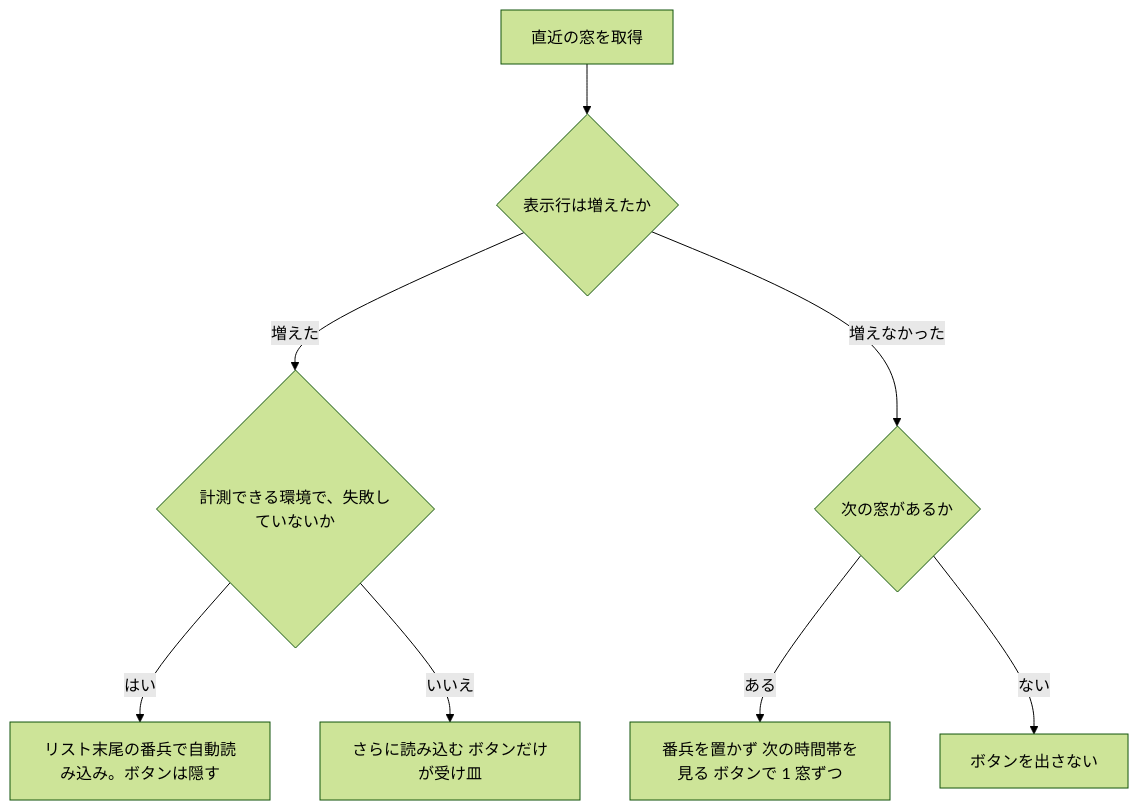
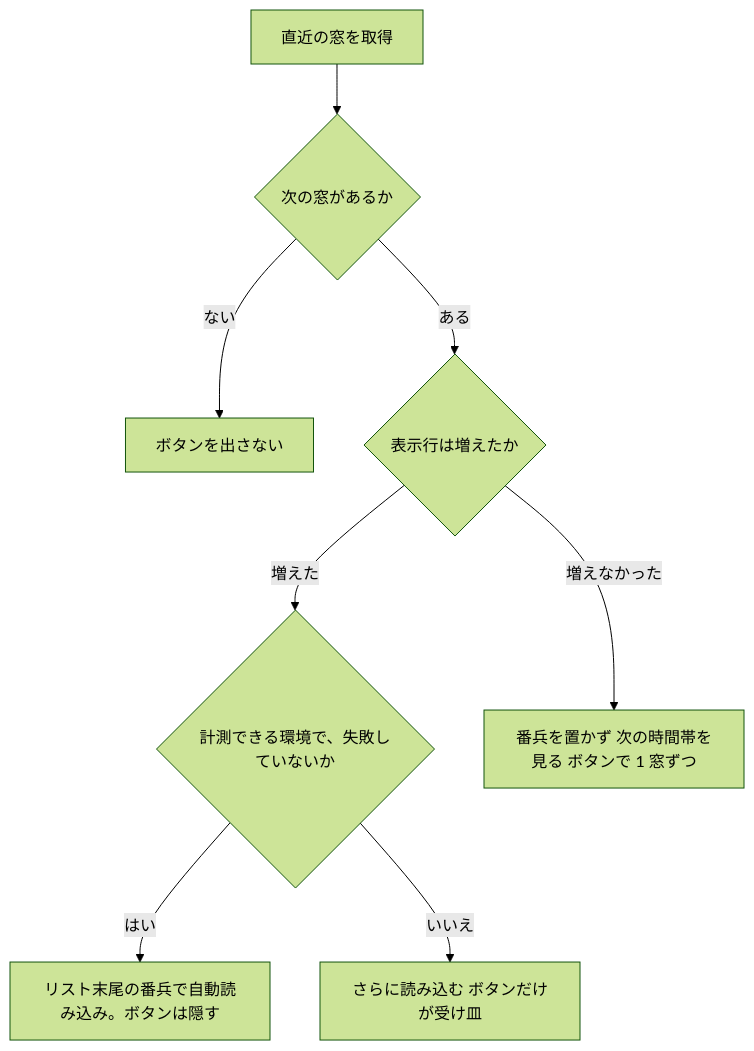
Before and after one commit to fetburner/rokuban: the diagram in docs/frontend/scroll.md, drawn with Mermaid (forest theme). The commit also changed other lines of this file and 8 other files, not shown here.

````diff
--- a/docs/frontend/scroll.md
+++ b/docs/frontend/scroll.md
@@ -23,10 +23,10 @@
 ```mermaid
 flowchart TD
-  A[直近の窓を取得] --> B{表示行は増えたか}
+  A[直近の窓を取得] --> F{次の窓があるか}
+  F -- ない --> H[ボタンを出さない]
+  F -- ある --> B{表示行は増えたか}
   B -- 増えた --> C{計測できる環境で、失敗していないか}
   C -- はい --> D[リスト末尾の番兵で自動読み込み。ボタンは隠す]
   C -- いいえ --> E[さらに読み込む ボタンだけが受け皿]
-  B -- 増えなかった --> F{次の窓があるか}
-  F -- ある --> G[番兵を置かず 次の時間帯を見る ボタンで 1 窓ずつ]
-  F -- ない --> H[ボタンを出さない]
+  B -- 増えなかった --> G[番兵を置かず 次の時間帯を見る ボタンで 1 窓ずつ]
 ```
````
